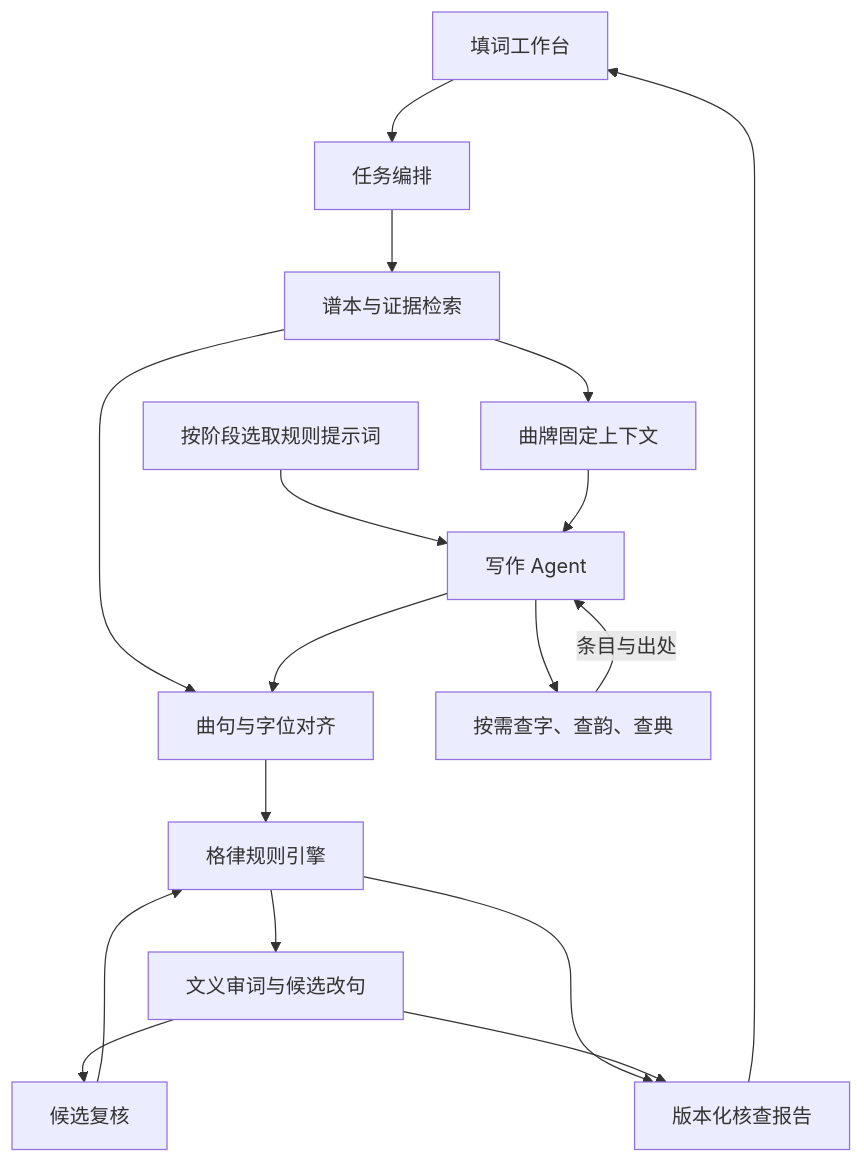
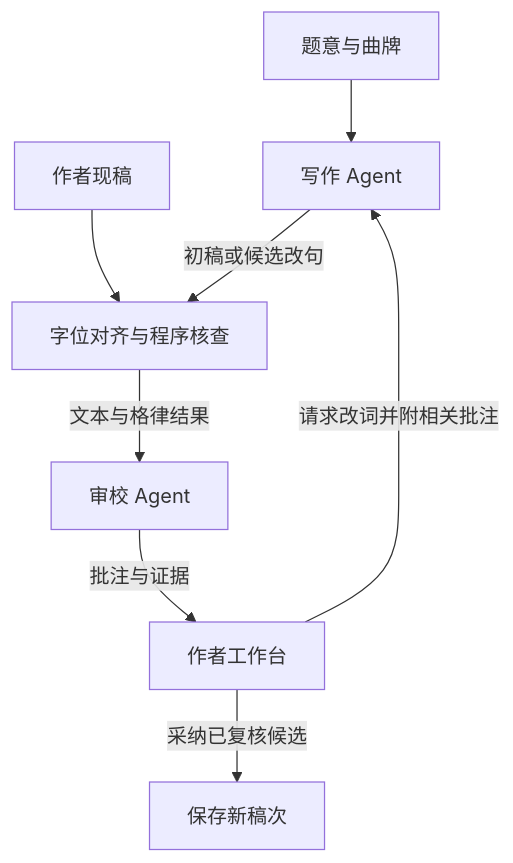
Before and after one commit to Zijun-Mo/kunqu-lyrics-rules: the diagram in docs/design/architecture.md, drawn with Mermaid. The commit also changed other lines of this file, not shown here.

Commit message:
Clarify the writing and reviewing agents in architecture design

````diff
--- a/docs/design/architecture.md
+++ b/docs/design/architecture.md
@@ -9,19 +14,10 @@
 ```mermaid
 flowchart TD
-    U["填词工作台"] --> O["任务编排"]
-    O --> E["谱本与证据检索"]
-    E --> A["曲句与字位对齐"]
-    E --> C["曲牌固定上下文"]
-    S["按阶段选取规则提示词"] --> G["写作 Agent"]
-    C --> G
-    G --> T["按需查字、查韵、查典"]
-    T -->|条目与出处| G
-    G --> A
-    A --> K["格律规则引擎"]
-    K --> H["文义审词与候选改句"]
-    H --> P["候选复核"]
-    P --> K
-    K --> R["版本化核查报告"]
-    H --> R
-    R --> U
+    I["题意与曲牌"] --> W["写作 Agent"]
+    D["作者现稿"] --> K["字位对齐与程序核查"]
+    W -->|初稿或候选改句| K
+    K -->|文本与格律结果| R["审校 Agent"]
+    R -->|批注与证据| U["作者工作台"]
+    U -->|请求改词并附相关批注| W
+    U -->|采纳已复核候选| V["保存新稿次"]
 ```
````
